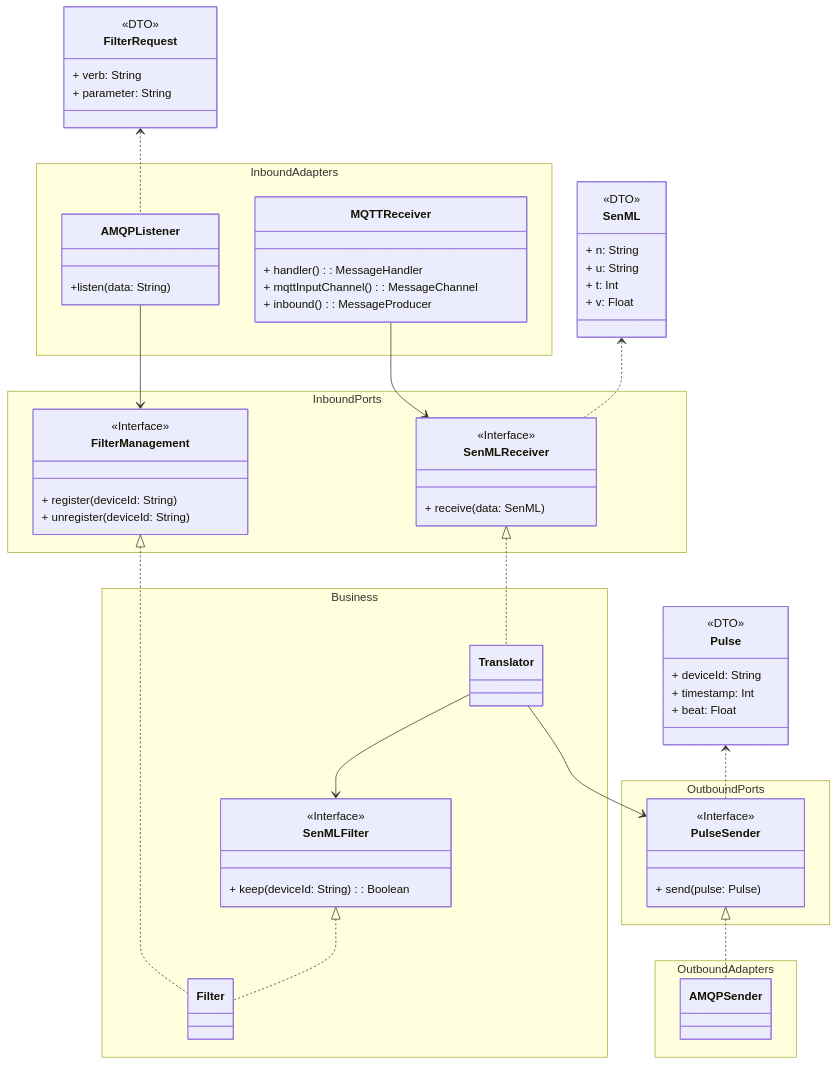
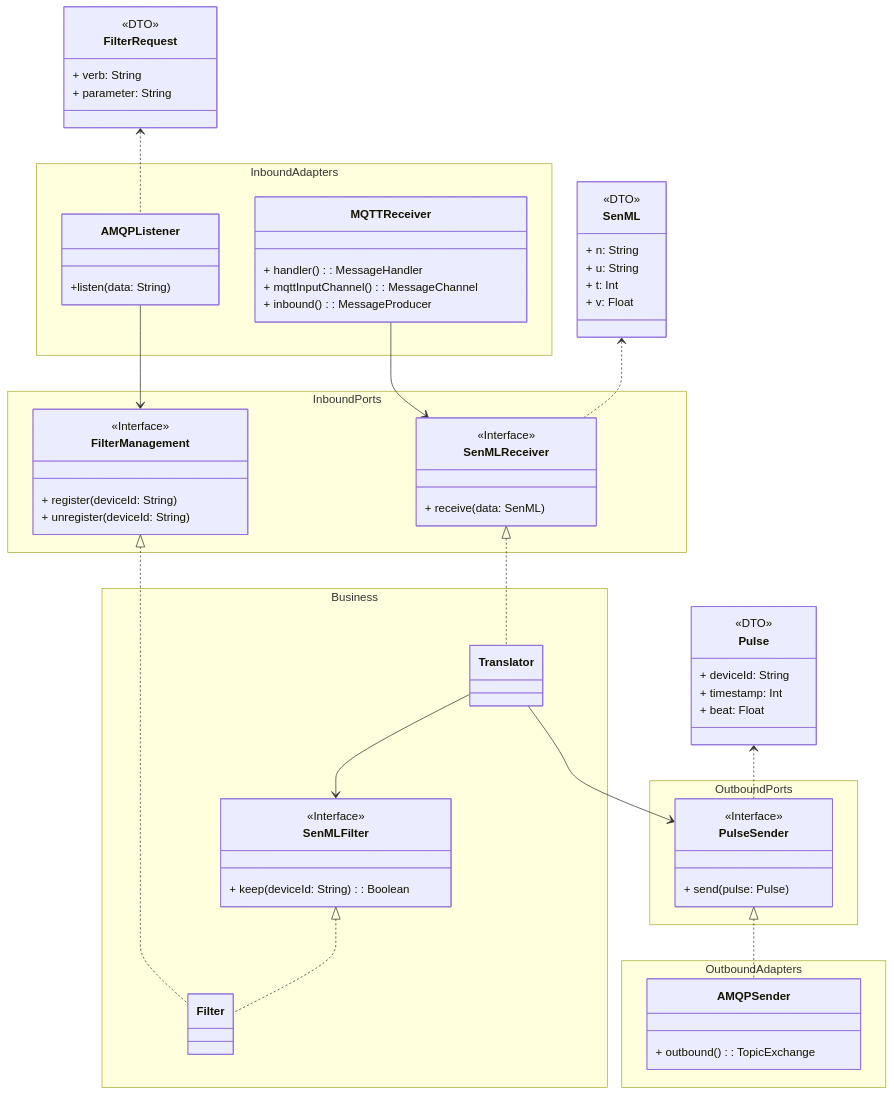
The second of 2 diagrams in services/hrm_receiver/README.md (ace-design/tmt), drawn with Mermaid before and after one commit. The commit also changed 3 other files, not shown here.

````diff
--- a/services/hrm_receiver/README.md
+++ b/services/hrm_receiver/README.md
@@ -50,91 +50,91 @@
 classDiagram
 
 
-    namespace InboundPorts {
-        class SenMLReceiver {
-            <<Interface>>
-            + receive(data: SenML)
-        }
-
-        class FilterManagement {
-            <<Interface>>
-            + register(deviceId: String)
-            + unregister(deviceId: String)
-        }
+  namespace InboundPorts {
+    class SenMLReceiver {
+      <<Interface>>
+      + receive(data: SenML)
     }
 
-    namespace InboundAdapters {
-        class MQTTReceiver {
-            + handler(): MessageHandler
-            + mqttInputChannel(): MessageChannel
-            + inbound(): MessageProducer
-        }
+    class FilterManagement {
+      <<Interface>>
+      + register(deviceId: String)
+      + unregister(deviceId: String)
+    }
+  }
 
-        class AMQPListener {
-            +listen(data: String)
-        }
+  namespace InboundAdapters {
+    class MQTTReceiver {
+      + handler(): MessageHandler
+      + mqttInputChannel(): MessageChannel
+      + inbound(): MessageProducer
     }
 
-    namespace OutboundPorts {
-        class PulseSender {
-            <<Interface>>
-            + send(pulse: Pulse)
-        }
+    class AMQPListener {
+      +listen(data: String)
+    }
+  }
+
+  namespace OutboundPorts {
+    class PulseSender {
+      <<Interface>>
+      + send(pulse: Pulse)
+    }
+  }
+
+  namespace OutboundAdapters {
+    class AMQPSender {
+      + outbound(): TopicExchange
+    }
+  }
+
+  namespace Business {
+    class Translator {
     }
 
-    namespace OutboundAdapters {
-        class AMQPSender {
-
-        }
+    class Filter {
     }
 
-    namespace Business {
-        class Translator {
-        }
-
-        class Filter {
-        }
-
-        class SenMLFilter {
-            <<Interface>>
-            + keep(deviceId: String): Boolean
-        }
-
+    class SenMLFilter {
+      <<Interface>>
+      + keep(deviceId: String): Boolean
     }
 
+  }
 
-    class SenML {
-        <<DTO>>
-        + n: String
-        + u: String
-        + t: Int
-        + v: Float
-    }
 
-    class FilterRequest {
-        <<DTO>>
-        + verb: String
-        + parameter: String
-    }
+  class SenML {
+    <<DTO>>
+    + n: String
+    + u: String
+    + t: Int
+    + v: Float
+  }
 
-    class Pulse {
-        <<DTO>>
-        + deviceId: String
-        + timestamp: Int
-        + beat: Float
-    }
+  class FilterRequest {
+    <<DTO>>
+    + verb: String
+    + parameter: String
+  }
+
+  class Pulse {
+    <<DTO>>
+    + deviceId: String
+    + timestamp: Int
+    + beat: Float
+  }
 
 
 
-    SenMLReceiver <|.. Translator
-    Translator --> SenMLFilter
-    FilterManagement <|.. Filter
-    SenMLFilter <|.. Filter
-    MQTTReceiver --> SenMLReceiver
-    AMQPListener --> FilterManagement
-    PulseSender <|.. AMQPSender
-    Translator --> PulseSender
-    SenML <.. SenMLReceiver
-    Pulse <.. PulseSender
-    FilterRequest <.. AMQPListener
+  SenMLReceiver <|.. Translator
+  Translator --> SenMLFilter
+  FilterManagement <|.. Filter
+  SenMLFilter <|.. Filter
+  MQTTReceiver --> SenMLReceiver
+  AMQPListener --> FilterManagement
+  PulseSender <|.. AMQPSender
+  Translator --> PulseSender
+  SenML <.. SenMLReceiver
+  Pulse <.. PulseSender
+  FilterRequest <.. AMQPListener
 ```
````
